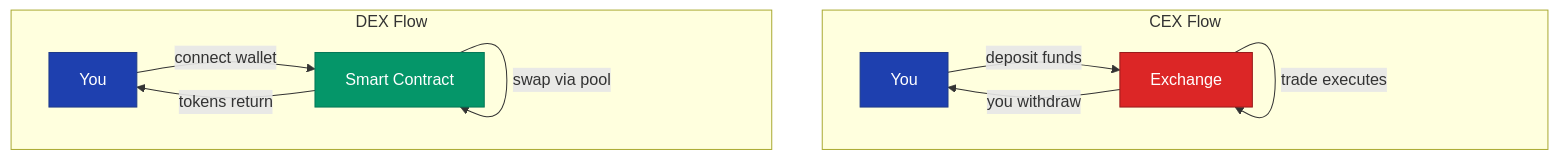
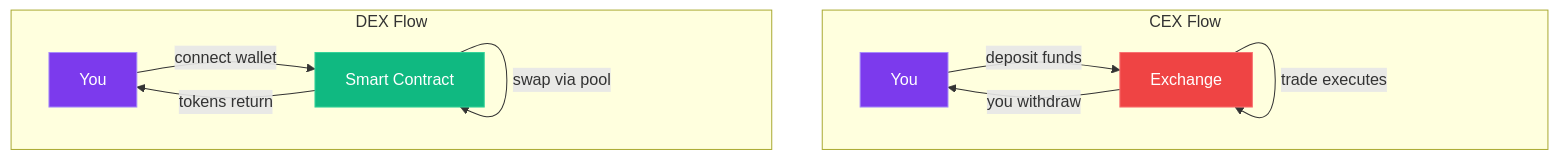
The diagram in content/blog/crypto-unlocked-11-cexs-vs-dexs.mdx (jestersimpps/cv), drawn with Mermaid before and after one commit. The commit also changed 12 other files, not shown here.

Commit message:
fix(blog): convert all mermaid diagrams to vertical (TD) for mobile readability, dark theme component

````diff
--- a/content/blog/crypto-unlocked-11-cexs-vs-dexs.mdx
+++ b/content/blog/crypto-unlocked-11-cexs-vs-dexs.mdx
@@ -20,20 +20,20 @@
 ```mermaid
 graph TD
     subgraph CEX Flow
         UC[You] -->|deposit funds| EX[Exchange]
         EX -->|matches order| EX
         EX -->|trade executes| EX
         EX -->|you withdraw| UC
     end
 
     subgraph DEX Flow
         UD[You] -->|connect wallet| SC[Smart Contract]
         SC -->|swap via pool| SC
         SC -->|tokens return| UD
     end
 
-    style EX fill:#dc2626,stroke:#991b1b,color:#fff
-    style SC fill:#059669,stroke:#047857,color:#fff
-    style UC fill:#1e40af,stroke:#1e3a8a,color:#fff
-    style UD fill:#1e40af,stroke:#1e3a8a,color:#fff
+    style UC fill:#7c3aed,stroke:#a78bfa,color:#fff
+    style UD fill:#7c3aed,stroke:#a78bfa,color:#fff
+    style EX fill:#ef4444,stroke:#f87171,color:#fff
+    style SC fill:#10b981,stroke:#34d399,color:#fff
 ```
````
